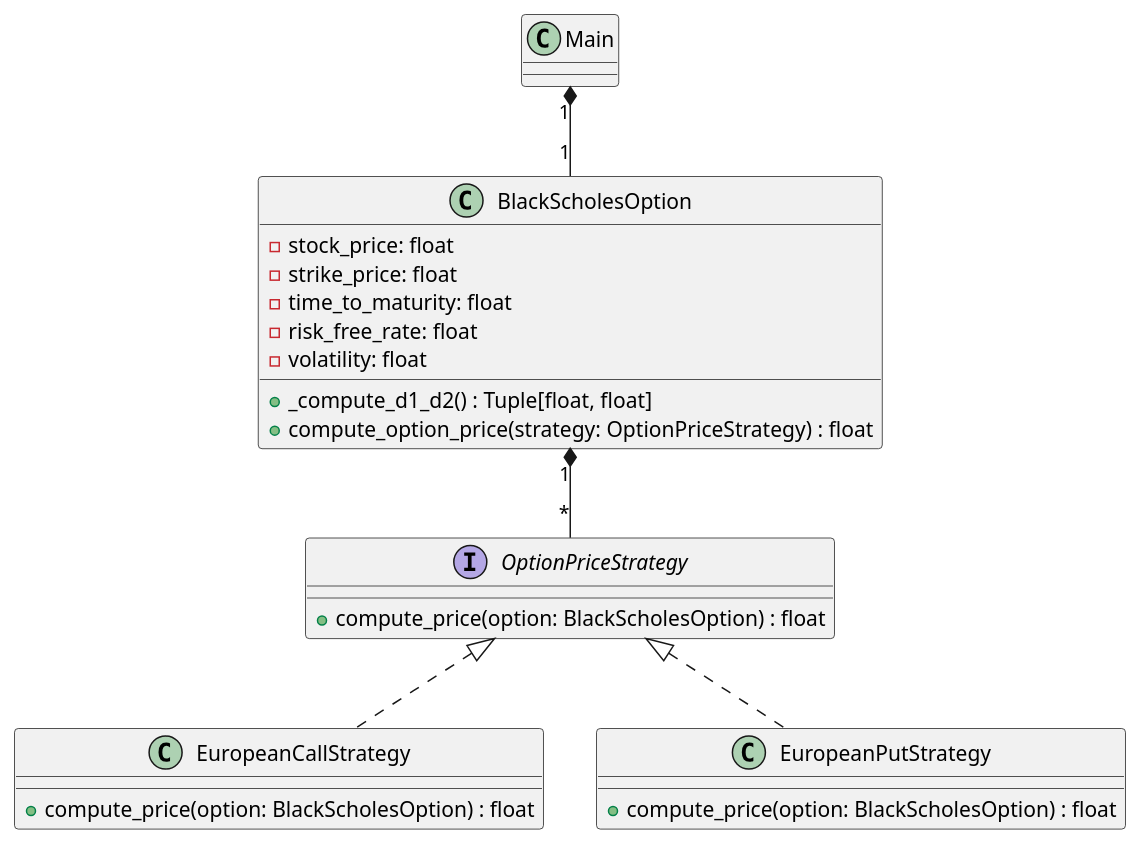
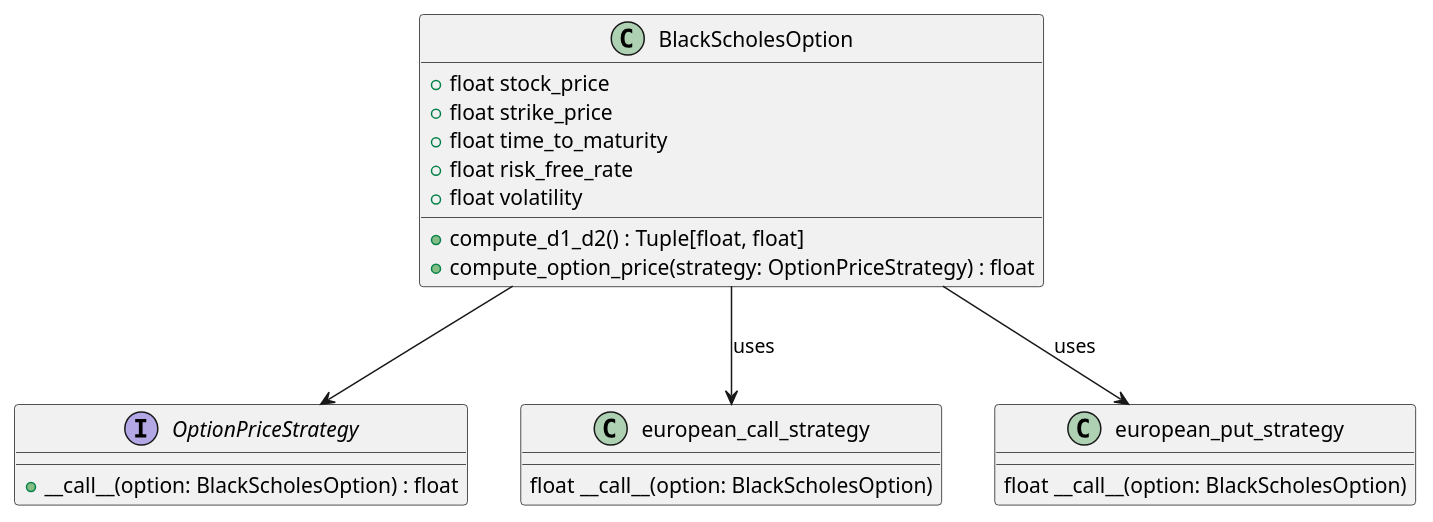
Before and after one commit to ImperialCollegeLondon/RSEBlog: the second of 2 diagrams in docs/posts/design_patterns.md, drawn with PlantUML. The commit also changed other lines of this file and 2 other files, not shown here.

Commit message:
- Improved tutorial: Adapted functional programming paradigm and changed UML diagrams and Oython code accordingly. - Expanded the overall text. - Included a section on the put-call parity to test the fair pricing - Increased the number of references

````diff
--- a/docs/posts/design_patterns.md
+++ b/docs/posts/design_patterns.md
@@ -216,34 +255,27 @@
 ```plantuml
 %%plantuml
 @startuml
-class Main {
+class BlackScholesOption {
+    +float stock_price
+    +float strike_price
+    +float time_to_maturity
+    +float risk_free_rate
+    +float volatility
+    +compute_d1_d2() : Tuple[float, float]
+    +compute_option_price(strategy: OptionPriceStrategy) : float
 }
 
 interface OptionPriceStrategy {
-    +compute_price(option: BlackScholesOption) : float
+    +__call__(option: BlackScholesOption) : float
 }
 
-class EuropeanCallStrategy {
-    +compute_price(option: BlackScholesOption) : float
-}
+BlackScholesOption --> OptionPriceStrategy
 
-class EuropeanPutStrategy {
-    +compute_price(option: BlackScholesOption) : float
-}
+european_call_strategy : float __call__(option: BlackScholesOption)
+european_put_strategy : float __call__(option: BlackScholesOption)
 
-class BlackScholesOption {
-    -stock_price: float
-    -strike_price: float
-    -time_to_maturity: float
-    -risk_free_rate: float
-    -volatility: float
-    +_compute_d1_d2() : Tuple[float, float]
-    +compute_option_price(strategy: OptionPriceStrategy) : float
-}
+BlackScholesOption --> european_call_strategy : uses
+BlackScholesOption --> european_put_strategy : uses
 
-OptionPriceStrategy <|.. EuropeanCallStrategy
-OptionPriceStrategy <|.. EuropeanPutStrategy
-BlackScholesOption "1" *-- "*" OptionPriceStrategy
-Main "1" *-- "1" BlackScholesOption
 @enduml
 ```
````
